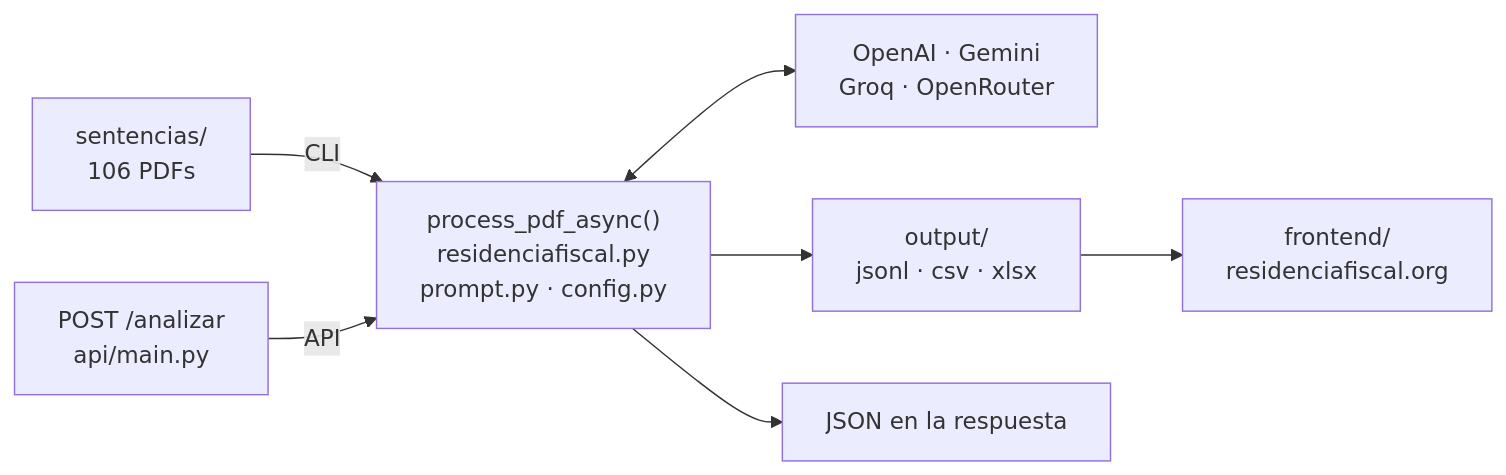
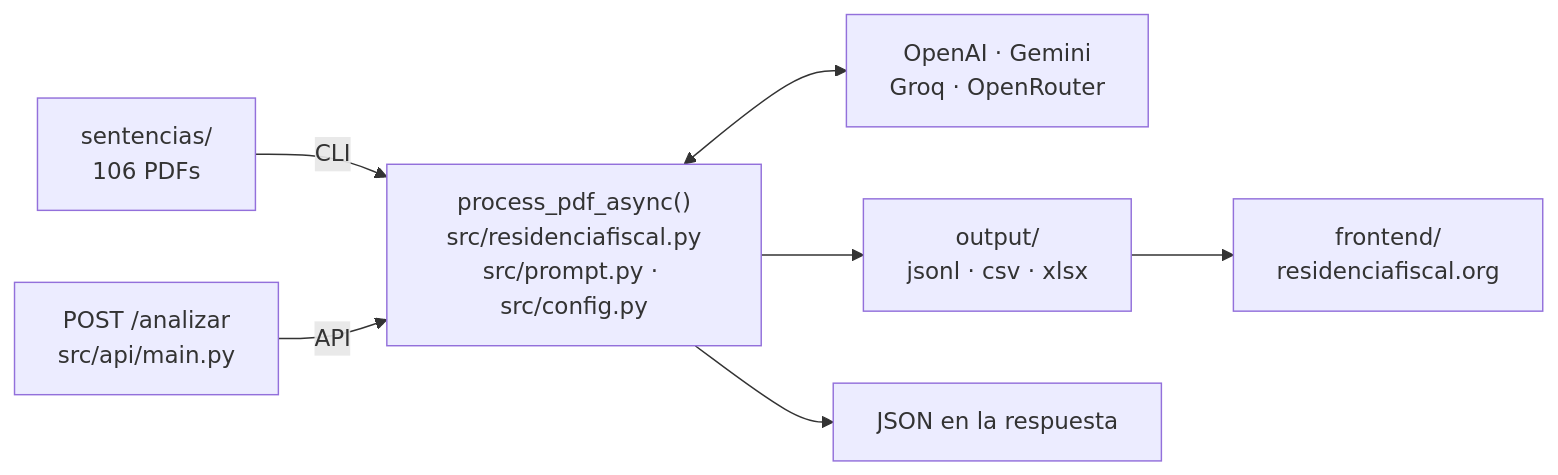
The diagram in README.md (jmgb/residenciafiscal), drawn with Mermaid before and after one commit. The commit also changed other lines of this file and 229 other files, not shown here.

````diff
--- a/README.md
+++ b/README.md
@@ -49,9 +49,9 @@
 ```mermaid
 flowchart LR
     PDFS["sentencias/<br/>106 PDFs"] -->|CLI| CORE
-    HTTP["POST /analizar<br/>api/main.py"] -->|API| CORE
-    CORE["process_pdf_async()<br/>residenciafiscal.py<br/>prompt.py · config.py"] <--> LLM["OpenAI · Gemini<br/>Groq · OpenRouter"]
+    HTTP["POST /analizar<br/>src/api/main.py"] -->|API| CORE
+    CORE["process_pdf_async()<br/>src/residenciafiscal.py<br/>src/prompt.py · src/config.py"] <--> LLM["OpenAI · Gemini<br/>Groq · OpenRouter"]
     CORE --> OUT["output/<br/>jsonl · csv · xlsx"]
     CORE --> RESP["JSON en la respuesta"]
     OUT --> WEB["frontend/<br/>residenciafiscal.org"]
 ```
````
